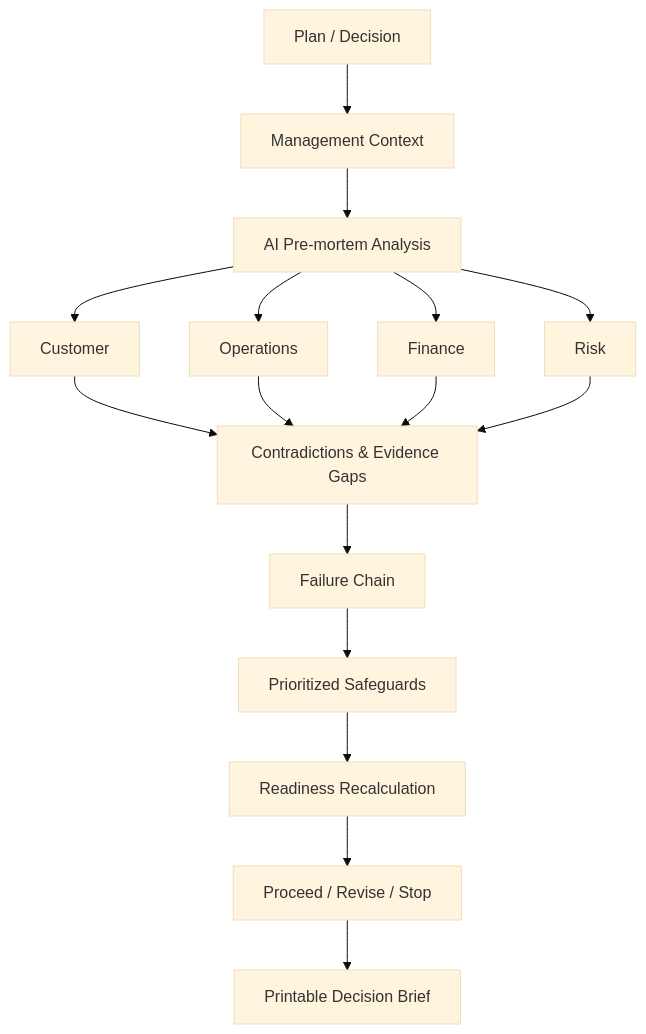
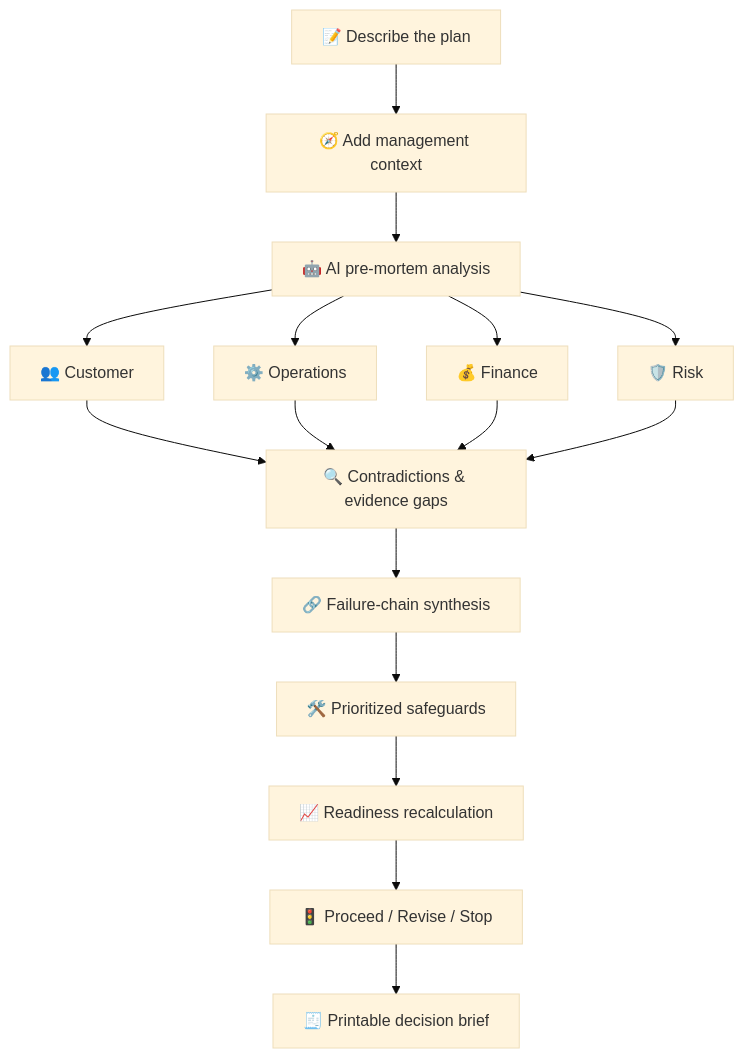
Before and after one commit to kaulastudies/failuretwin-ai: the first of 3 diagrams in README.md, drawn with Mermaid (base theme). The commit also changed other lines of this file and 18 other files, not shown here.

````diff
--- a/README.md
+++ b/README.md
@@ -41,18 +68,21 @@
 ```mermaid
 flowchart TD
-    A[Plan / Decision] --> B[Management Context]
-    B --> C[AI Pre-mortem Analysis]
-    C --> D1[Customer]
-    C --> D2[Operations]
-    C --> D3[Finance]
-    C --> D4[Risk]
-    D1 --> E[Contradictions & Evidence Gaps]
+    A["📝 Describe the plan"] --> B["🧭 Add management context"]
+    B --> C["🤖 AI pre-mortem analysis"]
+
+    C --> D1["👥 Customer"]
+    C --> D2["⚙️ Operations"]
+    C --> D3["💰 Finance"]
+    C --> D4["🛡️ Risk"]
+
+    D1 --> E["🔍 Contradictions & evidence gaps"]
     D2 --> E
     D3 --> E
     D4 --> E
-    E --> F[Failure Chain]
-    F --> G[Prioritized Safeguards]
-    G --> H[Readiness Recalculation]
-    H --> I[Proceed / Revise / Stop]
-    I --> J[Printable Decision Brief]
+
+    E --> F["🔗 Failure-chain synthesis"]
+    F --> G["🛠️ Prioritized safeguards"]
+    G --> H["📈 Readiness recalculation"]
+    H --> I["🚦 Proceed / Revise / Stop"]
+    I --> J["🧾 Printable decision brief"]
 ```
````
